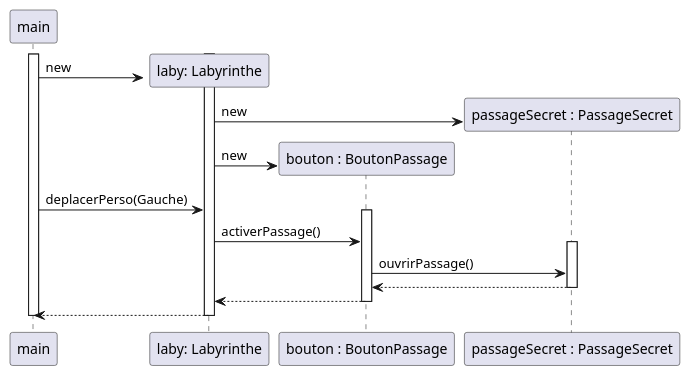
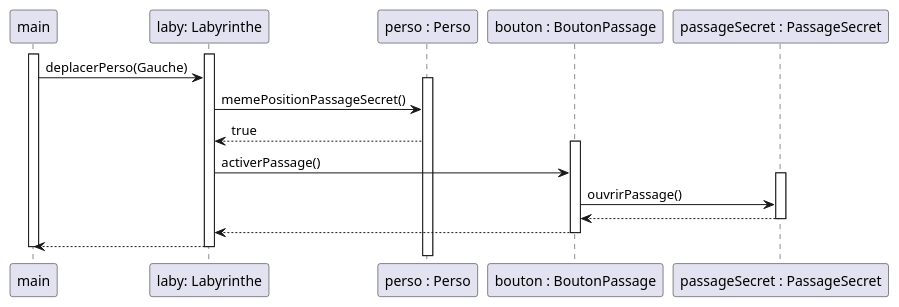
Before and after one commit to Zhi-Sheng-Trieu/2022_Zeldiablo_Doan_Oudin_Trieu_Noel: the diagram in documents/version_2/diagrammeSequenceOuverturePassage.puml, drawn with PlantUML. The commit also changed 2 other files, not shown here.

Commit message:
Modif diag_seq_passage_secret et Bouton.java, Labyrinthe.java

```diff
--- a/documents/version_2/diagrammeSequenceOuverturePassage.puml
+++ b/documents/version_2/diagrammeSequenceOuverturePassage.puml
@@ -1,28 +1,26 @@
 @startuml
 participant "main" as main
 participant "laby: Labyrinthe" as laby
+participant "perso : Perso" as perso
 participant "bouton : BoutonPassage" as bouton
 participant "passageSecret : PassageSecret" as passageSecret
 
-create laby
 activate main
     activate laby
-        main -> laby : new
-        create passageSecret
-        laby -> passageSecret : new
-        create bouton
-        laby -> bouton : new
         main -> laby : deplacerPerso(Gauche)
+        activate perso
+        laby -> perso : memePositionPassageSecret()
+        perso --> laby : true
         activate bouton
         laby -> bouton : activerPassage()
         activate passageSecret
             bouton -> passageSecret : ouvrirPassage()
             passageSecret --> bouton
         deactivate passageSecret
         bouton --> laby
         deactivate bouton
         laby --> main
     deactivate laby
 deactivate main
 
 @enduml
```
